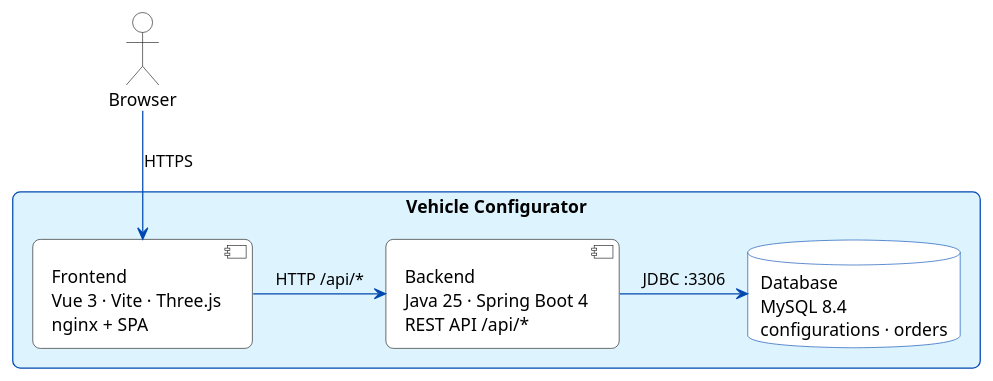
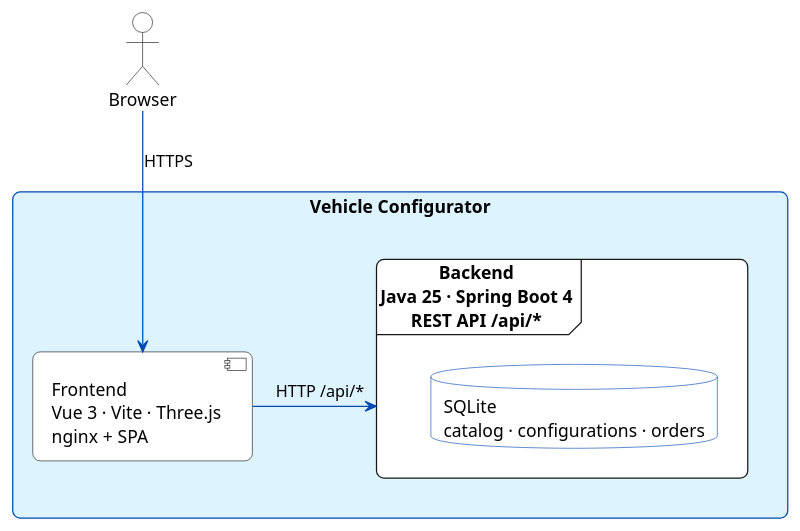
One commit to fbrase799/fbrase799 changed the diagram in assets/diagrams/vehicle-configurator-containers.puml. Above: the diagram before and after it, drawn with PlantUML. The commit also changed 3 other files, not shown here.

```diff
--- a/assets/diagrams/vehicle-configurator-containers.puml
+++ b/assets/diagrams/vehicle-configurator-containers.puml
@@ -1,21 +1,21 @@
 @startuml vehicle-configurator-containers
 skinparam shadowing false
 skinparam roundcorner 12
 skinparam defaultFontName Helvetica
 skinparam ArrowColor #0049B0
 skinparam RectangleBorderColor #0049B0
 skinparam DatabaseBorderColor #0049B0
 
 actor "Browser" as user #FFFFFF
 
 rectangle "Vehicle Configurator" #DDF3FE {
   component "Frontend\nVue 3 · Vite · Three.js\nnginx + SPA" as fe #FFFFFF
-  component "Backend\nJava 25 · Spring Boot 4\nREST API /api/*" as be #FFFFFF
-  database "Database\nMySQL 8.4\nconfigurations · orders" as db #FFFFFF
+  frame "Backend\nJava 25 · Spring Boot 4\nREST API /api/*" as be #FFFFFF {
+    database "SQLite\ncatalog · configurations · orders" as db #FFFFFF
+  }
 }
 
 user -down-> fe : HTTPS
 fe -right-> be : HTTP /api/*
-be -right-> db : JDBC :3306
 
 @enduml
```
